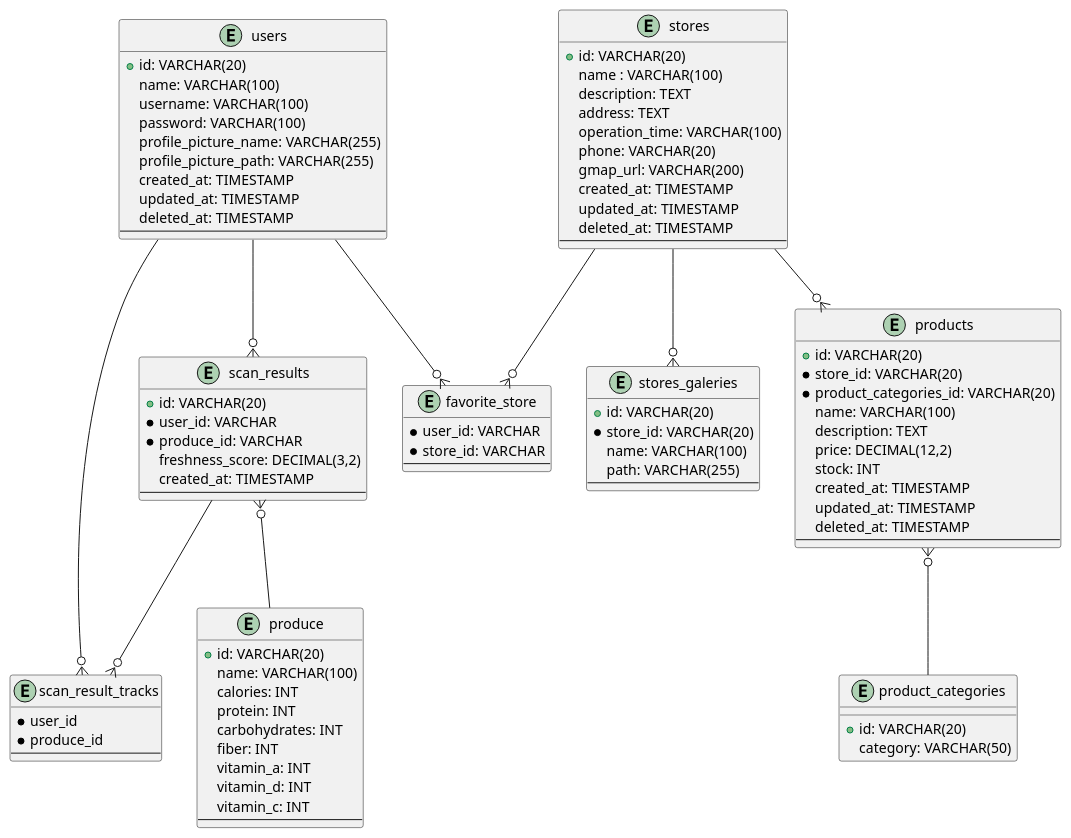
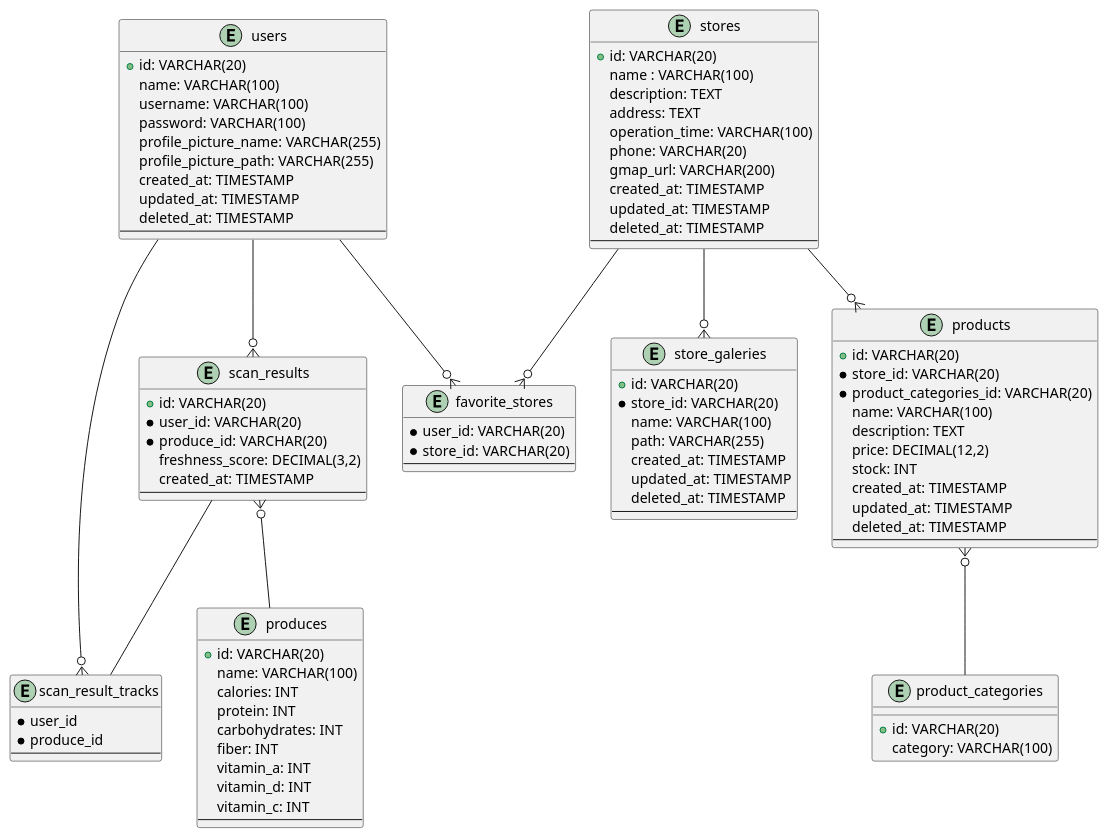
The diagram in docs/erd/fresh-guard-erd.plantuml (C242-PS431/fresh-guard-backend), drawn with PlantUML before and after one commit. The commit also changed 21 other files, not shown here.

Commit message:
modified erd for freshguard DB and implement the DB design

```diff
--- a/docs/erd/fresh-guard-erd.plantuml
+++ b/docs/erd/fresh-guard-erd.plantuml
@@ -1,101 +1,104 @@
 @startuml fresh-guard-erd
 
 entity users {
     +id: VARCHAR(20)
     name: VARCHAR(100)
     username: VARCHAR(100)
     password: VARCHAR(100)
     profile_picture_name: VARCHAR(255)
     profile_picture_path: VARCHAR(255)
     created_at: TIMESTAMP
     updated_at: TIMESTAMP
     deleted_at: TIMESTAMP
     --
 }
 
 entity scan_results {
     +id: VARCHAR(20)
-    *user_id: VARCHAR
-    *produce_id: VARCHAR
+    *user_id: VARCHAR(20)
+    *produce_id: VARCHAR(20)
     freshness_score: DECIMAL(3,2)
     created_at: TIMESTAMP
     --
 }
 
 entity scan_result_tracks {
     *user_id
     *produce_id
     --
 }
 
-entity produce {
+entity produces {
     +id: VARCHAR(20)
     name: VARCHAR(100)
     calories: INT
     protein: INT
     carbohydrates: INT 
     fiber: INT
     vitamin_a: INT
     vitamin_d: INT
     vitamin_c: INT
     --
 }
 
 entity stores {
     +id: VARCHAR(20)
     name : VARCHAR(100)
     description: TEXT
     address: TEXT
     operation_time: VARCHAR(100)
     phone: VARCHAR(20)
     gmap_url: VARCHAR(200)
     created_at: TIMESTAMP
     updated_at: TIMESTAMP
     deleted_at: TIMESTAMP
     --
 }
 
-entity stores_galeries {
+entity store_galeries {
     +id: VARCHAR(20)
     *store_id: VARCHAR(20)
     name: VARCHAR(100)
     path: VARCHAR(255)
+    created_at: TIMESTAMP
+    updated_at: TIMESTAMP
+    deleted_at: TIMESTAMP
     --
 }
 
-entity favorite_store {
-    *user_id: VARCHAR
-    *store_id: VARCHAR
+entity favorite_stores {
+    *user_id: VARCHAR(20)
+    *store_id: VARCHAR(20)
     --
 }
 
 entity products {
     +id: VARCHAR(20)
     *store_id: VARCHAR(20)
     *product_categories_id: VARCHAR(20)
     name: VARCHAR(100)
     description: TEXT
     price: DECIMAL(12,2)
     stock: INT
     created_at: TIMESTAMP
     updated_at: TIMESTAMP
     deleted_at: TIMESTAMP
     ---
 }
 
 entity product_categories {
     +id: VARCHAR(20)
-    category: VARCHAR(50)
+    category: VARCHAR(100)
 }
 
 ' Relations
 users --o{ scan_results
-scan_results }o-- produce
-users --o{ favorite_store
-stores --o{ favorite_store
+scan_results }o-- produces
+users --o{ favorite_stores
+stores --o{ favorite_stores
 stores --o{ products
 products }o-- product_categories
-stores --o{ stores_galeries
+stores --o{ store_galeries
 users --o{ scan_result_tracks
-scan_results --o{ scan_result_tracks 
+scan_results -- scan_result_tracks 
 @enduml
```
